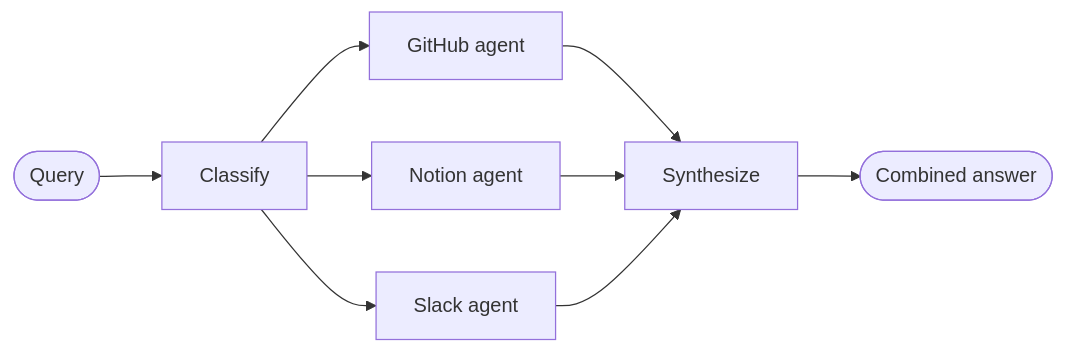
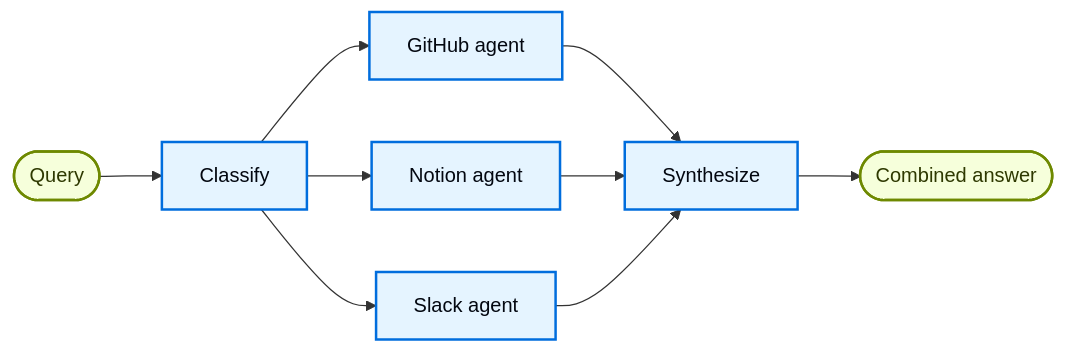
One commit to olorehq/olore changed the diagram in vault/packages/langchain/latest/contents/langchain/multi-agent/router-knowledge-base.mdx. Above: the diagram before and after it, drawn with Mermaid. The commit also changed other lines of this file and 14210 other files, not shown here.

````diff
--- a/vault/packages/langchain/latest/contents/langchain/multi-agent/router-knowledge-base.mdx
+++ b/vault/packages/langchain/latest/contents/langchain/multi-agent/router-knowledge-base.mdx
@@ -21,11 +21,17 @@
 ```mermaid
 graph LR
     A([Query]) --> B[Classify]
     B --> C[GitHub agent]
     B --> D[Notion agent]
     B --> E[Slack agent]
     C --> F[Synthesize]
     D --> F
     E --> F
     F --> G([Combined answer])
+
+    classDef trigger fill:#F6FFDB,stroke:#6E8900,stroke-width:2px,color:#2E3900
+    classDef process fill:#E5F4FF,stroke:#006DDD,stroke-width:2px,color:#030710
+
+    class A,G trigger
+    class B,C,D,E,F process
 ```
````
